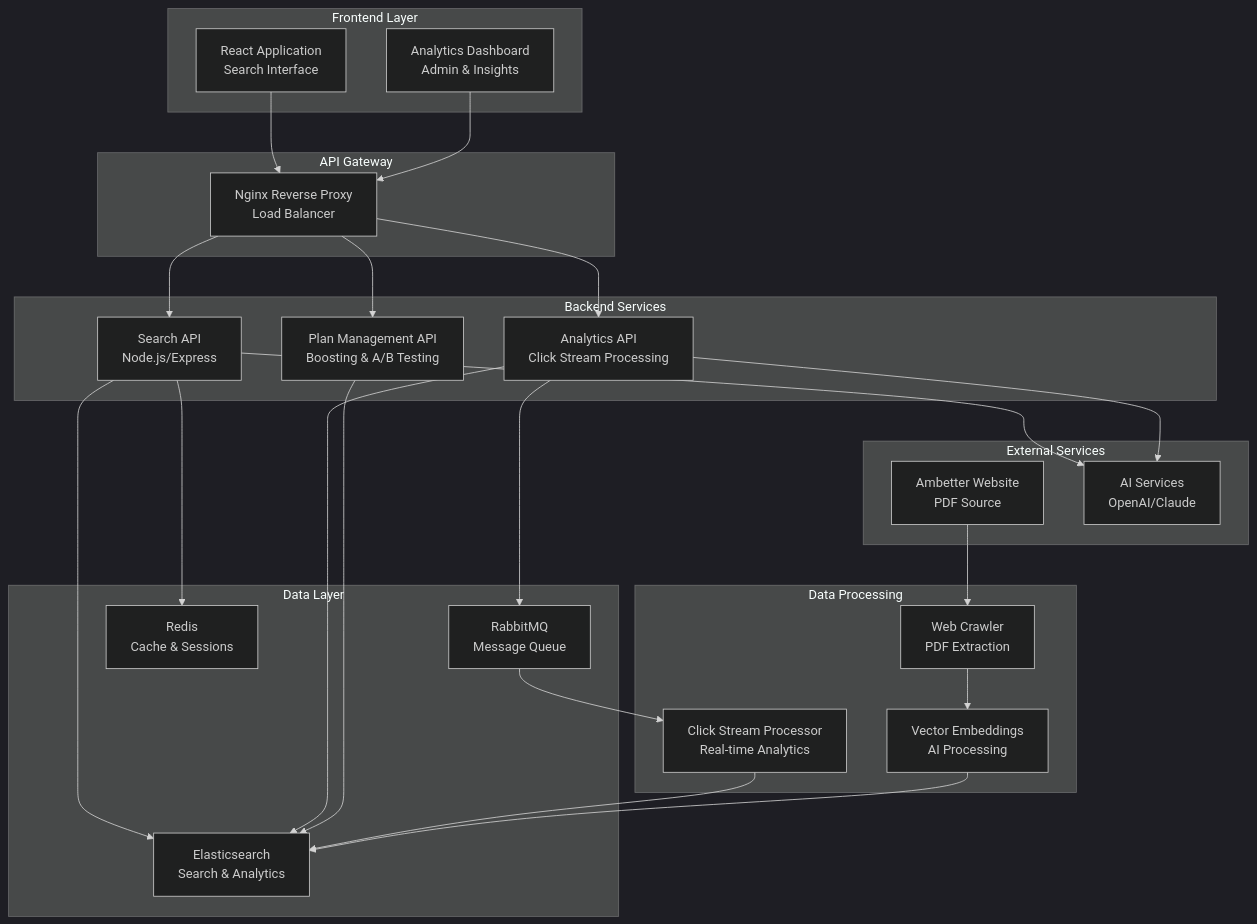
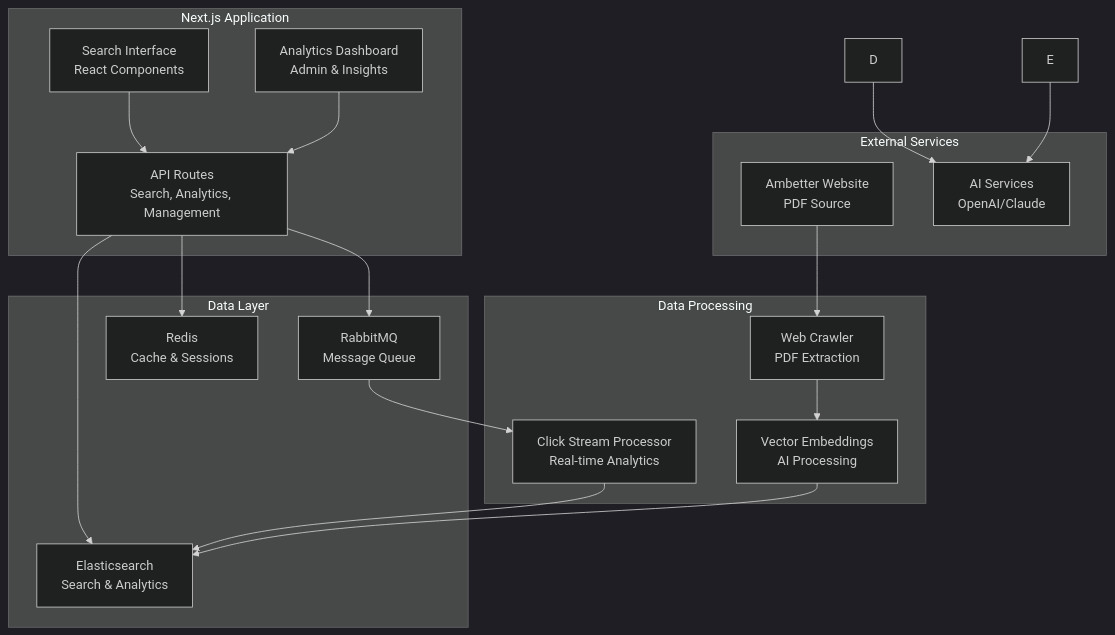
The first of 6 diagrams in PROJECT_REQUIREMENTS.md (bommas/ambetter-project), drawn with Mermaid (dark theme) before and after one commit. The commit also changed other lines of this file and 1 other file, not shown here.

First line of the commit message:
Simplify to Next.js full-stack application

````diff
--- a/PROJECT_REQUIREMENTS.md
+++ b/PROJECT_REQUIREMENTS.md
@@ -7,56 +7,41 @@
 ```mermaid
 graph TB
-    subgraph "Frontend Layer"
-        A[React Application<br/>Search Interface]
+    subgraph "Next.js Application"
+        A[Search Interface<br/>React Components]
         B[Analytics Dashboard<br/>Admin & Insights]
-    end
-    
-    subgraph "API Gateway"
-        C[Nginx Reverse Proxy<br/>Load Balancer]
-    end
-    
-    subgraph "Backend Services"
-        D[Search API<br/>Node.js/Express]
-        E[Analytics API<br/>Click Stream Processing]
-        F[Plan Management API<br/>Boosting & A/B Testing]
+        C[API Routes<br/>Search, Analytics, Management]
     end
     
     subgraph "Data Layer"
         G[Elasticsearch<br/>Search & Analytics]
         H[RabbitMQ<br/>Message Queue]
         I[Redis<br/>Cache & Sessions]
     end
     
     subgraph "External Services"
         J[Ambetter Website<br/>PDF Source]
         K[AI Services<br/>OpenAI/Claude]
     end
     
     subgraph "Data Processing"
         L[Web Crawler<br/>PDF Extraction]
         M[Vector Embeddings<br/>AI Processing]
         N[Click Stream Processor<br/>Real-time Analytics]
     end
     
     A --> C
     B --> C
-    C --> D
-    C --> E
-    C --> F
-    
-    D --> G
-    D --> I
-    E --> H
-    E --> G
-    F --> G
+    C --> G
+    C --> H
+    C --> I
     
     H --> N
     N --> G
     
     J --> L
     L --> M
     M --> G
     
     D --> K
     E --> K
 ```
````
